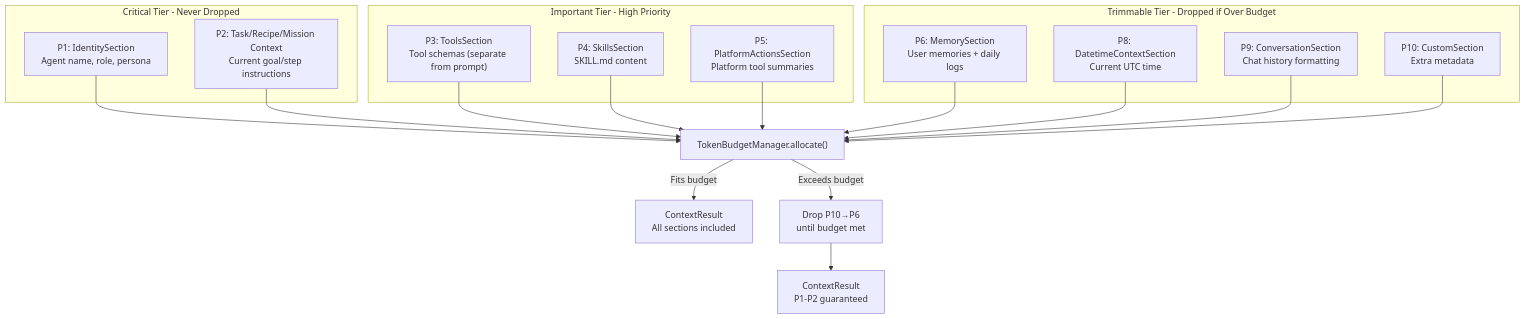
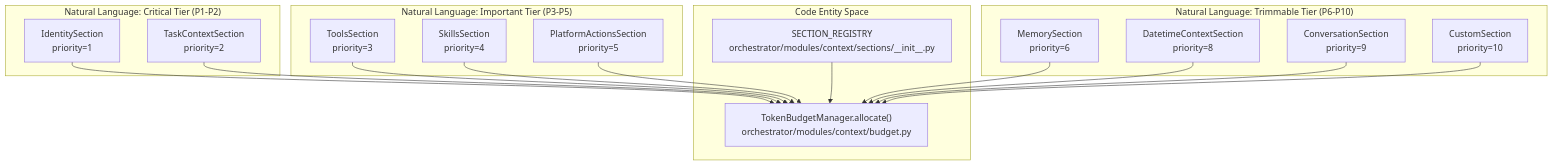
One commit to AutomatosAI/automatos-ai changed the first of 3 diagrams in docs/context-service/section-priority-system.md. Above: the diagram before and after it, drawn with Mermaid. The commit also changed other lines of this file and 191 other files, not shown here.

````diff
--- a/docs/context-service/section-priority-system.md
+++ b/docs/context-service/section-priority-system.md
@@ -56,37 +52,36 @@
 ```mermaid
 graph TB
-    subgraph "Critical Tier - Never Dropped"
-        P1["P1: IdentitySection<br/>Agent name, role, persona"]
-        P2["P2: Task/Recipe/Mission Context<br/>Current goal/step instructions"]
+    subgraph "Natural Language: Critical Tier (P1-P2)"
+        Identity["IdentitySection<br/>priority=1"]
+        Task["TaskContextSection<br/>priority=2"]
     end
-    
-    subgraph "Important Tier - High Priority"
-        P3["P3: ToolsSection<br/>Tool schemas (separate from prompt)"]
-        P4["P4: SkillsSection<br/>SKILL.md content"]
-        P5["P5: PlatformActionsSection<br/>Platform tool summaries"]
+
+    subgraph "Natural Language: Important Tier (P3-P5)"
+        Tools["ToolsSection<br/>priority=3"]
+        Skills["SkillsSection<br/>priority=4"]
+        Actions["PlatformActionsSection<br/>priority=5"]
     end
-    
-    subgraph "Trimmable Tier - Dropped if Over Budget"
-        P6["P6: MemorySection<br/>User memories + daily logs"]
-        P8["P8: DatetimeContextSection<br/>Current UTC time"]
-        P9["P9: ConversationSection<br/>Chat history formatting"]
-        P10["P10: CustomSection<br/>Extra metadata"]
+
+    subgraph "Natural Language: Trimmable Tier (P6-P10)"
+        Memory["MemorySection<br/>priority=6"]
+        Datetime["DatetimeContextSection<br/>priority=8"]
+        Conv["ConversationSection<br/>priority=9"]
+        Custom["CustomSection<br/>priority=10"]
     end
-    
-    Budget["TokenBudgetManager.allocate()"]
-    
-    P1 --> Budget
-    P2 --> Budget
-    P3 --> Budget
-    P4 --> Budget
-    P5 --> Budget
-    P6 --> Budget
-    P8 --> Budget
-    P9 --> Budget
-    P10 --> Budget
-    
-    Budget -->|"Fits budget"| FullPrompt["ContextResult<br/>All sections included"]
-    Budget -->|"Exceeds budget"| Trim["Drop P10→P6<br/>until budget met"]
-    
-    Trim --> TrimmedPrompt["ContextResult<br/>P1-P2 guaranteed"]
+
+    subgraph "Code Entity Space"
+        Registry["SECTION_REGISTRY<br/>orchestrator/modules/context/sections/__init__.py"]
+        Manager["TokenBudgetManager.allocate()<br/>orchestrator/modules/context/budget.py"]
+    end
+
+    Identity --> Manager
+    Task --> Manager
+    Tools --> Manager
+    Skills --> Manager
+    Actions --> Manager
+    Memory --> Manager
+    Datetime --> Manager
+    Conv --> Manager
+    Custom --> Manager
+    Registry --> Manager
 ```
````
